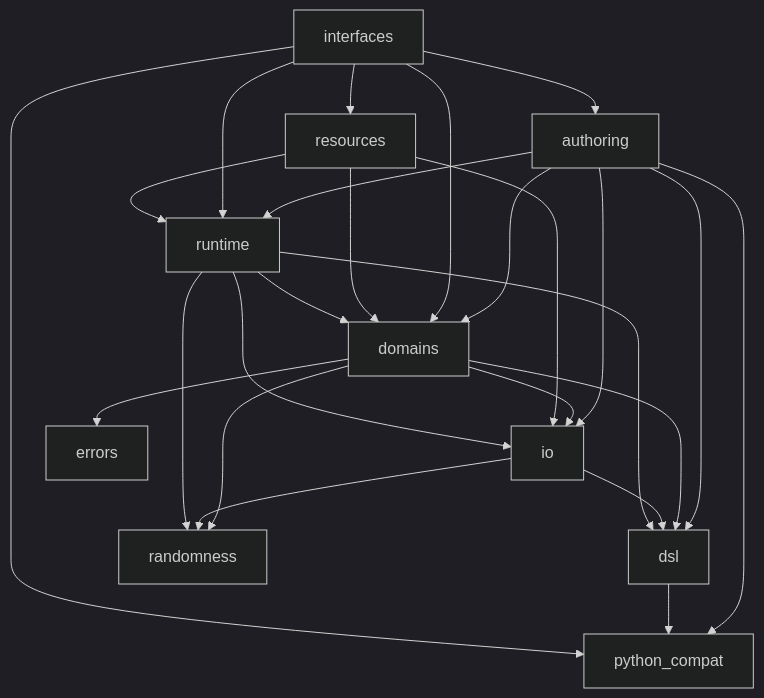
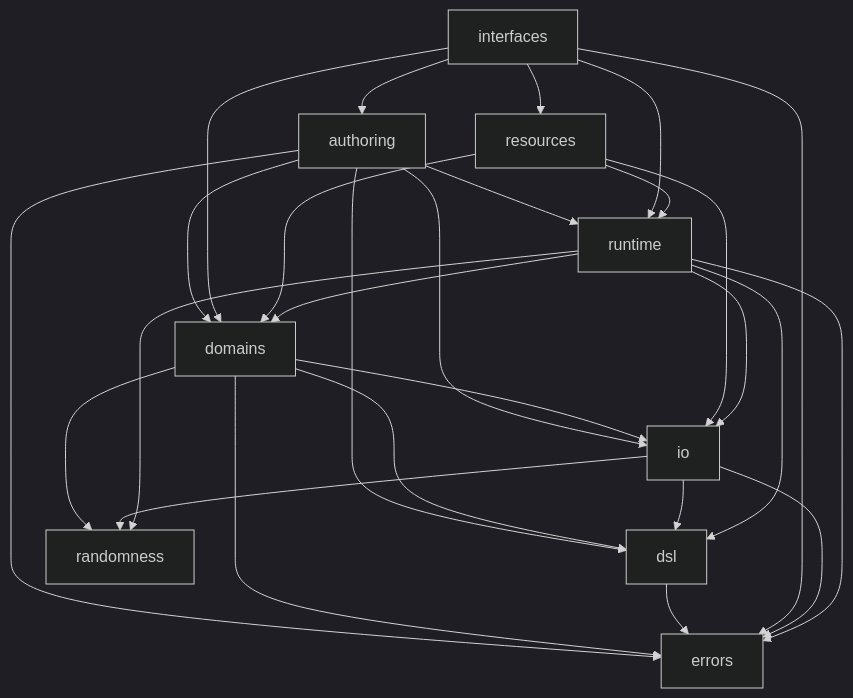
One commit to rapiddweller/datamimic changed the second of 2 diagrams in docs/architecture/refactoring-study/experiment-2/target-architecture.md. Above: the diagram before and after it, drawn with Mermaid (dark theme). The commit also changed other lines of this file and 343 other files, not shown here.

````diff
--- a/docs/architecture/refactoring-study/experiment-2/target-architecture.md
+++ b/docs/architecture/refactoring-study/experiment-2/target-architecture.md
@@ -97,27 +98,29 @@
 ```mermaid
 graph TD
     authoring --> domains
     authoring --> dsl
+    authoring --> errors
     authoring --> io
-    authoring --> python_compat
     authoring --> runtime
     domains --> dsl
     domains --> errors
     domains --> io
     domains --> randomness
-    dsl --> python_compat
+    dsl --> errors
     interfaces --> authoring
     interfaces --> domains
-    interfaces --> python_compat
+    interfaces --> errors
     interfaces --> resources
     interfaces --> runtime
     io --> dsl
+    io --> errors
     io --> randomness
     resources --> domains
     resources --> io
     resources --> runtime
     runtime --> domains
     runtime --> dsl
+    runtime --> errors
     runtime --> io
     runtime --> randomness
 ```
````
